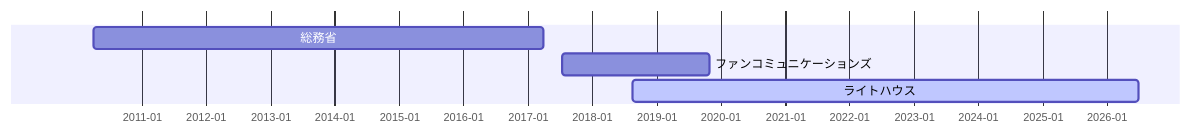
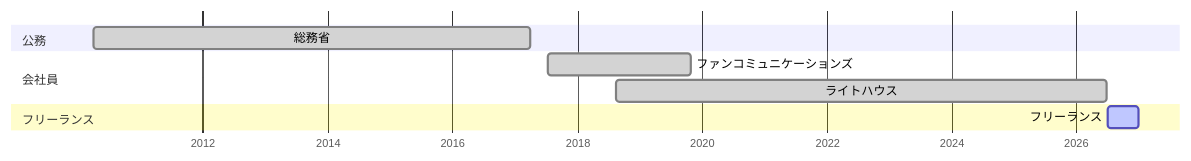
The diagram in README.md (iHideck/resume), drawn with Mermaid before and after one commit. The commit also changed other lines of this file, not shown here.

````diff
--- a/README.md
+++ b/README.md
@@ -22,9 +46,13 @@
 ```mermaid
 gantt
     dateFormat YYYY-MM-DD
-    axisFormat  %Y-%m
-    tickInterval 12month
-    総務省 :job1, 2010-04-01,2017-03-31
-    ファンコミュニケーションズ　:job2, 2017-07-15,2019-10-31
-    ライトハウス　: active, job3, 2018-08-15, 2026-06-30
+    axisFormat %Y
+    tickInterval 2year
+    section 公務
+    総務省                   :done, job1, 2010-04-01, 2017-03-31
+    section 会社員
+    ファンコミュニケーションズ :done, job2, 2017-07-15, 2019-10-31
+    ライトハウス              :done, job3, 2018-08-15, 2026-06-30
+    section フリーランス
+    フリーランス              :active, job4, 2026-07-01, 2026-12-31
 ```
````
